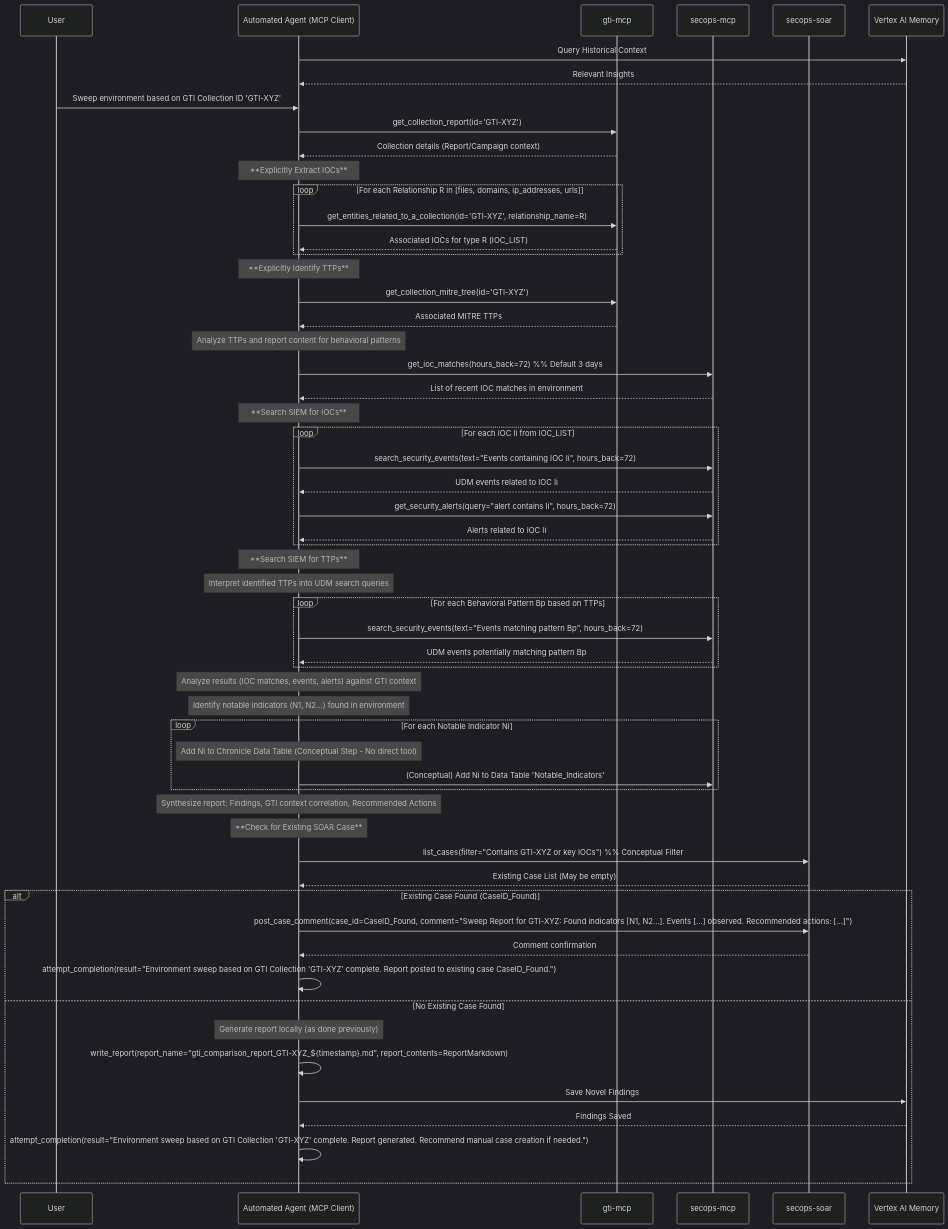
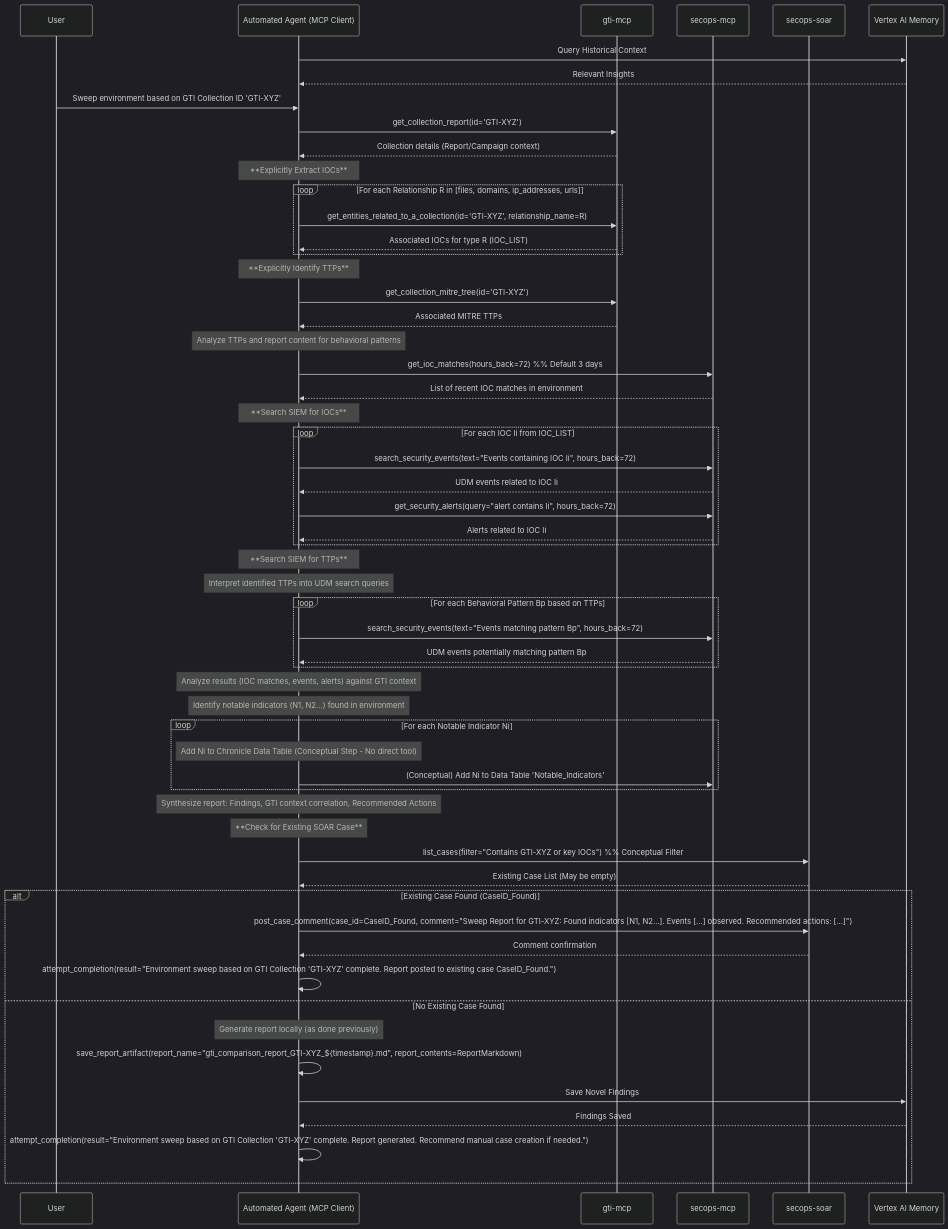
One commit to dandye/adk_runbooks changed the diagram in rules-bank/run_books/compare_gti_collection_to_iocs_and_events.md. Above: the diagram before and after it, drawn with Mermaid (dark theme). The commit also changed other lines of this file and 109 other files, not shown here.

````diff
--- a/rules-bank/run_books/compare_gti_collection_to_iocs_and_events.md
+++ b/rules-bank/run_books/compare_gti_collection_to_iocs_and_events.md
@@ -23,75 +26,75 @@
 ```mermaid
 sequenceDiagram
     participant User
     participant AutomatedAgent as Automated Agent (MCP Client)
     participant GTI as gti-mcp
     participant SIEM as secops-mcp
     participant SOAR as secops-soar
     participant Memory as Vertex AI Memory
 
 
     %% Step: Query Memory Context
     AutomatedAgent->>Memory: Query Historical Context
     Memory-->>AutomatedAgent: Relevant Insights
     User->>AutomatedAgent: Sweep environment based on GTI Collection ID 'GTI-XYZ'
     AutomatedAgent->>GTI: get_collection_report(id='GTI-XYZ')
     GTI-->>AutomatedAgent: Collection details (Report/Campaign context)
 
     Note over AutomatedAgent: **Explicitly Extract IOCs**
     loop For each Relationship R in [files, domains, ip_addresses, urls]
         AutomatedAgent->>GTI: get_entities_related_to_a_collection(id='GTI-XYZ', relationship_name=R)
         GTI-->>AutomatedAgent: Associated IOCs for type R (IOC_LIST)
     end
 
     Note over AutomatedAgent: **Explicitly Identify TTPs**
     AutomatedAgent->>GTI: get_collection_mitre_tree(id='GTI-XYZ')
     GTI-->>AutomatedAgent: Associated MITRE TTPs
     Note over AutomatedAgent: Analyze TTPs and report content for behavioral patterns
 
     AutomatedAgent->>SIEM: get_ioc_matches(hours_back=72) %% Default 3 days
     SIEM-->>AutomatedAgent: List of recent IOC matches in environment
 
     Note over AutomatedAgent: **Search SIEM for IOCs**
     loop For each IOC Ii from IOC_LIST
         AutomatedAgent->>SIEM: search_security_events(text="Events containing IOC Ii", hours_back=72)
         SIEM-->>AutomatedAgent: UDM events related to IOC Ii
         AutomatedAgent->>SIEM: get_security_alerts(query="alert contains Ii", hours_back=72)
         SIEM-->>AutomatedAgent: Alerts related to IOC Ii
     end
 
     Note over AutomatedAgent: **Search SIEM for TTPs**
     Note over AutomatedAgent: Interpret identified TTPs into UDM search queries
     loop For each Behavioral Pattern Bp based on TTPs
         AutomatedAgent->>SIEM: search_security_events(text="Events matching pattern Bp", hours_back=72)
         SIEM-->>AutomatedAgent: UDM events potentially matching pattern Bp
     end
 
     Note over AutomatedAgent: Analyze results (IOC matches, events, alerts) against GTI context
     Note over AutomatedAgent: Identify notable indicators (N1, N2...) found in environment
     loop For each Notable Indicator Ni
         Note over AutomatedAgent: Add Ni to Chronicle Data Table (Conceptual Step - No direct tool)
         AutomatedAgent->>SIEM: (Conceptual) Add Ni to Data Table 'Notable_Indicators'
     end
 
     Note over AutomatedAgent: Synthesize report: Findings, GTI context correlation, Recommended Actions
 
     Note over AutomatedAgent: **Check for Existing SOAR Case**
     AutomatedAgent->>SOAR: list_cases(filter="Contains GTI-XYZ or key IOCs") %% Conceptual Filter
     SOAR-->>AutomatedAgent: Existing Case List (May be empty)
 
     alt Existing Case Found (CaseID_Found)
         AutomatedAgent->>SOAR: post_case_comment(case_id=CaseID_Found, comment="Sweep Report for GTI-XYZ: Found indicators [N1, N2...]. Events [...] observed. Recommended actions: [...]")
         SOAR-->>AutomatedAgent: Comment confirmation
         AutomatedAgent->>AutomatedAgent: attempt_completion(result="Environment sweep based on GTI Collection 'GTI-XYZ' complete. Report posted to existing case CaseID_Found.")
     else No Existing Case Found
         Note over AutomatedAgent: Generate report locally (as done previously)
-        AutomatedAgent->>AutomatedAgent: write_report(report_name="gti_comparison_report_GTI-XYZ_${timestamp}.md", report_contents=ReportMarkdown)
+        AutomatedAgent->>AutomatedAgent: save_report_artifact(report_name="gti_comparison_report_GTI-XYZ_${timestamp}.md", report_contents=ReportMarkdown)
 
     %% Step: Save Findings to Memory
     AutomatedAgent->>Memory: Save Novel Findings
     Memory-->>AutomatedAgent: Findings Saved
         AutomatedAgent->>AutomatedAgent: attempt_completion(result="Environment sweep based on GTI Collection 'GTI-XYZ' complete. Report generated. Recommend manual case creation if needed.")
     end
 
 
 ```
````
